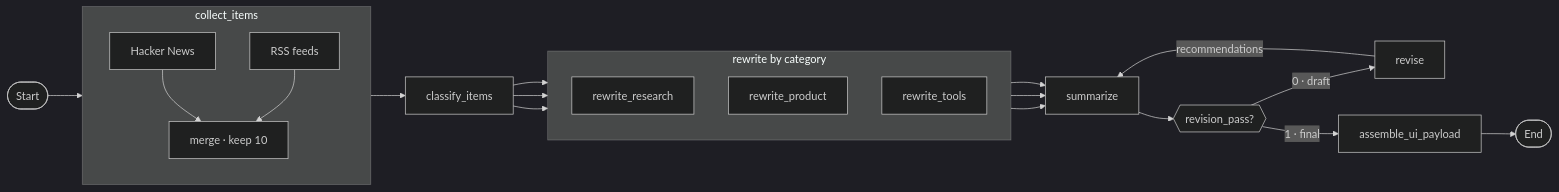
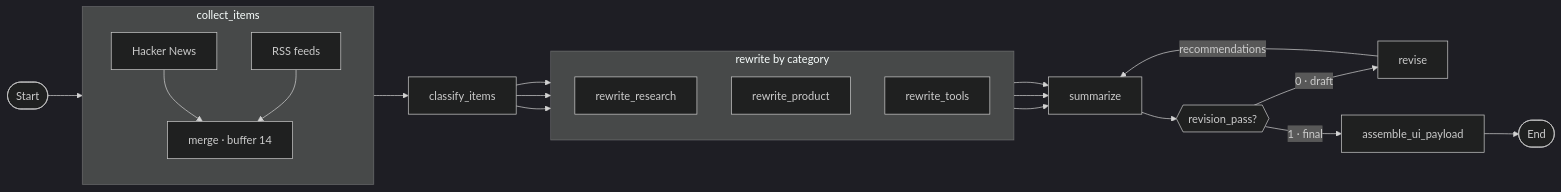
The diagram in README.md (eisenheiim/Top10TechNews), drawn with Mermaid (dark theme) before and after one commit. The commit also changed 4 other files, not shown here.

````diff
--- a/README.md
+++ b/README.md
@@ -9,40 +9,40 @@
 ```mermaid
 flowchart LR
   START([Start])
 
   subgraph Collect["collect_items"]
     direction TB
     HN["Hacker News"]
     RSS["RSS feeds"]
-    Merge["merge · keep 10"]
+    Merge["merge · buffer 14"]
     HN --> Merge
     RSS --> Merge
   end
 
   Classify[classify_items]
 
   subgraph Routes["rewrite by category"]
     direction TB
     R[rewrite_research]
     P[rewrite_product]
     T[rewrite_tools]
   end
 
   Summarize[summarize]
   Gate{{"revision_pass?"}}
   Revise[revise]
   Assemble[assemble_ui_payload]
   ENDNODE([End])
 
   START --> Collect --> Classify
   Classify --> R
   Classify --> P
   Classify --> T
   R --> Summarize
   P --> Summarize
   T --> Summarize
   Summarize --> Gate
   Gate -->|"0 · draft"| Revise
   Revise -->|"recommendations"| Summarize
   Gate -->|"1 · final"| Assemble --> ENDNODE
 ```
````
